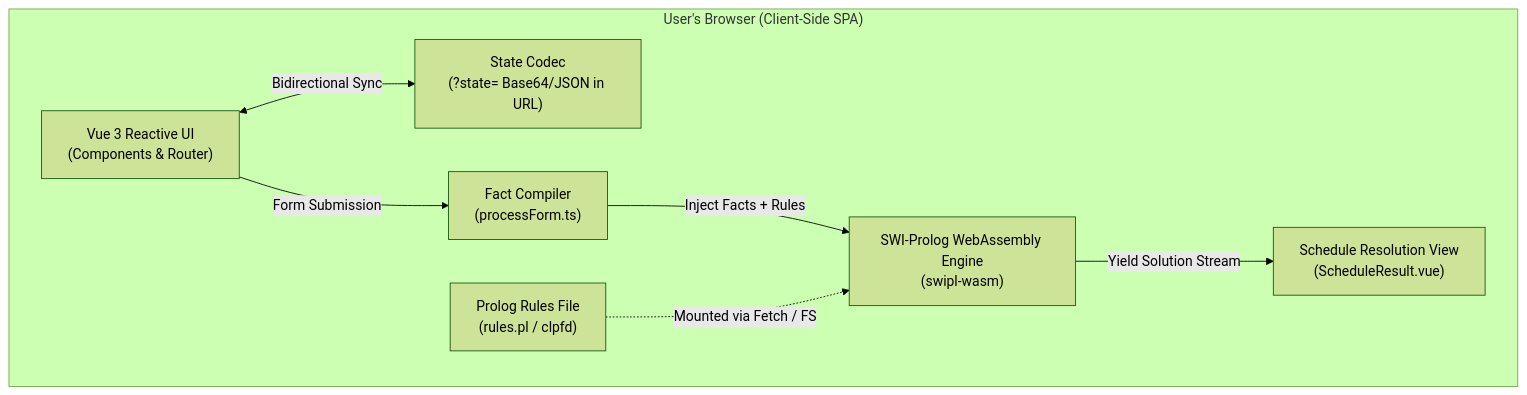
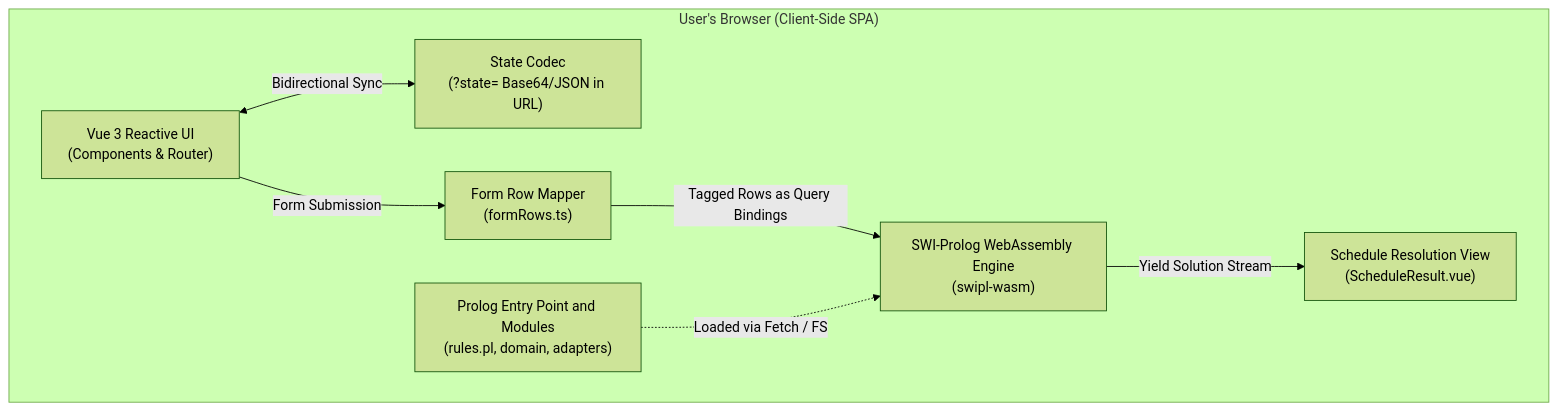
The diagram in README.md (psvansluis/class-scheduler), drawn with Mermaid (forest theme) before and after one commit. The commit also changed other lines of this file and 12 other files, not shown here.

````diff
--- a/README.md
+++ b/README.md
@@ -32,17 +32,17 @@
 ```mermaid
 flowchart TD
     subgraph Browser["User's Browser (Client-Side SPA)"]
         UI["Vue 3 Reactive UI\n(Components & Router)"]
         State["State Codec\n(?state= Base64/JSON in URL)"]
-        Compiler["Fact Compiler\n(processForm.ts)"]
+        Compiler["Form Row Mapper\n(formRows.ts)"]
         WASM["SWI-Prolog WebAssembly Engine\n(swipl-wasm)"]
-        Rules["Prolog Rules File\n(rules.pl / clpfd)"]
+        Rules["Prolog Entry Point and Modules\n(rules.pl, domain, adapters)"]
         Output["Schedule Resolution View\n(ScheduleResult.vue)"]
 
         UI <-->|Bidirectional Sync| State
         UI -->|Form Submission| Compiler
-        Compiler -->|Inject Facts + Rules| WASM
-        Rules -.->|Mounted via Fetch / FS| WASM
+        Compiler -->|Tagged Rows as Query Bindings| WASM
+        Rules -.->|Loaded via Fetch / FS| WASM
         WASM -->|Yield Solution Stream| Output
     end
 ```
````
